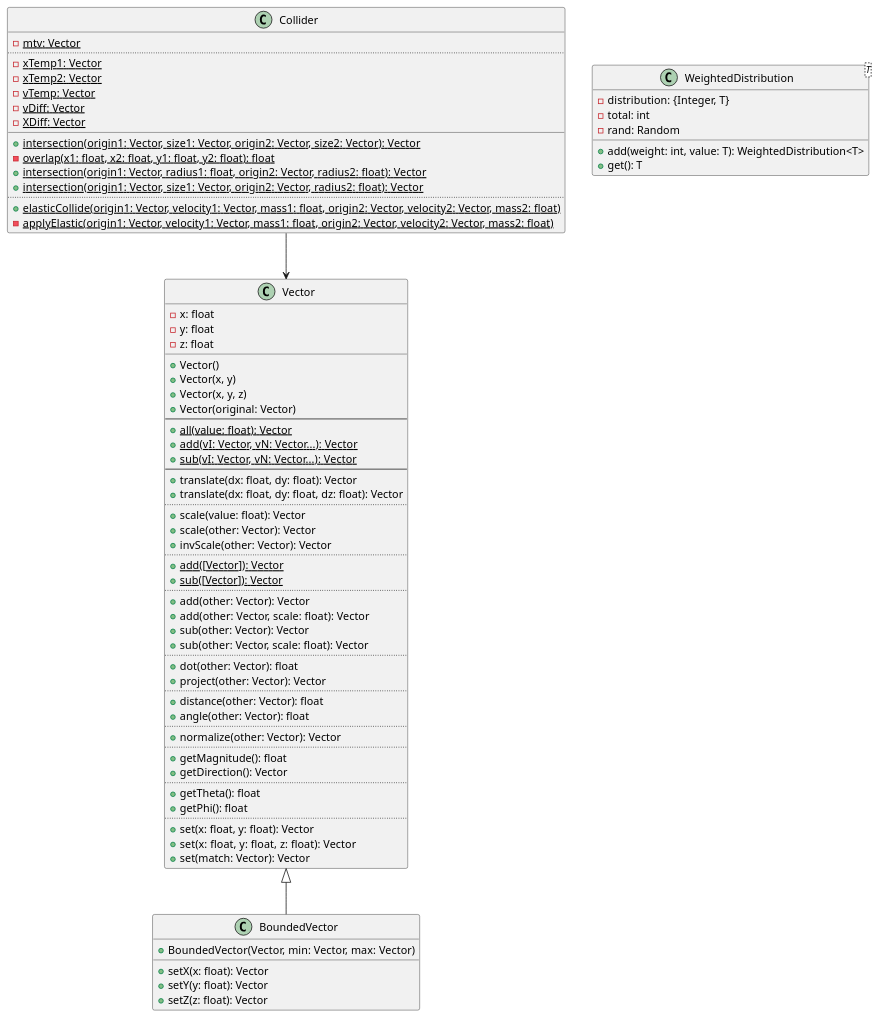
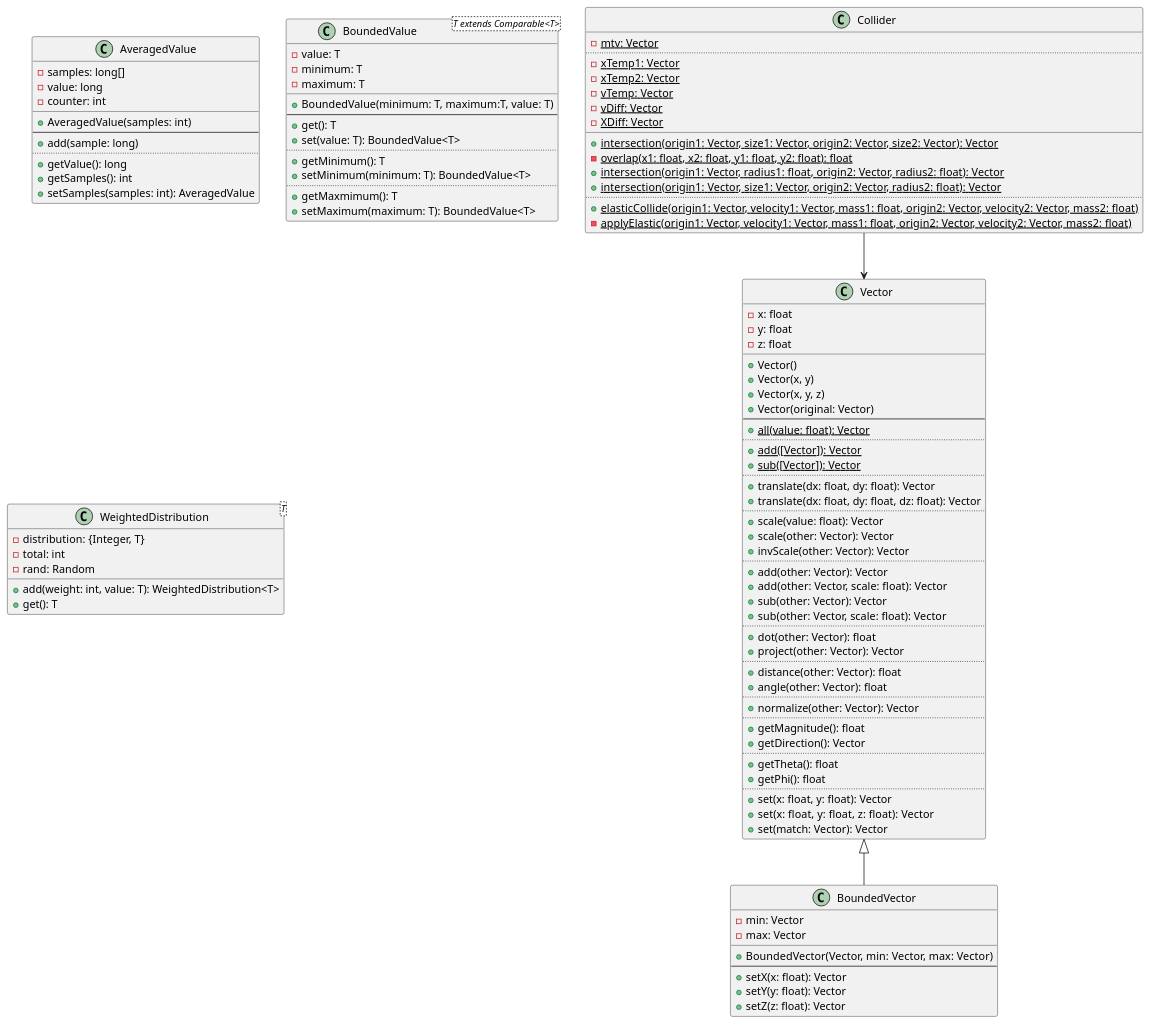
The diagram in docs/uml/pancake-platform/math.class.puml (kkorolyov/pancake), drawn with PlantUML before and after one commit. The commit also changed 5 other files, not shown here.

Commit message:
Update UML

```diff
--- a/docs/uml/pancake-platform/math.class.puml
+++ b/docs/uml/pancake-platform/math.class.puml
@@ -1,88 +1,120 @@
 @startuml
 
-class Collider {
-	{static} -mtv: Vector
+class AveragedValue {
+	-samples: long[]
+	-value: long
+	-counter: int
+	__
+	+AveragedValue(samples: int)
+	--
+	+add(sample: long)
 	..
-	{static} -xTemp1: Vector
-	{static} -xTemp2: Vector
-	{static} -vTemp: Vector
-	{static} -vDiff: Vector
-	{static} -XDiff: Vector
+	+getValue(): long
+	+getSamples(): int
+	+setSamples(samples: int): AveragedValue
+}
+
+class BoundedValue<T extends Comparable<T>> {
+	-value: T
+	-minimum: T
+	-maximum: T
 	__
-	{static} +intersection(origin1: Vector, size1: Vector, origin2: Vector, size2: Vector): Vector
-	{static} -overlap(x1: float, x2: float, y1: float, y2: float): float
-	{static} +intersection(origin1: Vector, radius1: float, origin2: Vector, radius2: float): Vector
-	{static} +intersection(origin1: Vector, size1: Vector, origin2: Vector, radius2: float): Vector
+	+BoundedValue(minimum: T, maximum:T, value: T)
+	--
+	+get(): T
+	+set(value: T): BoundedValue<T>
 	..
-	{static} +elasticCollide(origin1: Vector, velocity1: Vector, mass1: float, origin2: Vector, velocity2: Vector, mass2: float)
-	{static} -applyElastic(origin1: Vector, velocity1: Vector, mass1: float, origin2: Vector, velocity2: Vector, mass2: float)
+	+getMinimum(): T
+	+setMinimum(minimum: T): BoundedValue<T>
+	..
+	+getMaxmimum(): T
+	+setMaximum(maximum: T): BoundedValue<T>
 }
-Collider --> Vector
 
 class Vector {
 	-x: float
 	-y: float
 	-z: float
 	__
 	+Vector()
 	+Vector(x, y)
 	+Vector(x, y, z)
 	+Vector(original: Vector)
 	--
 	{static} +all(value: float): Vector
-	{static} +add(vI: Vector, vN: Vector...): Vector
-	{static} +sub(vI: Vector, vN: Vector...): Vector
-	--
+	..
+	{static} +add([Vector]): Vector
+	{static} +sub([Vector]): Vector
+	..
 	+translate(dx: float, dy: float): Vector
 	+translate(dx: float, dy: float, dz: float): Vector
 	..
 	+scale(value: float): Vector
 	+scale(other: Vector): Vector
 	+invScale(other: Vector): Vector
-	..
-	{static} +add([Vector]): Vector
-	{static} +sub([Vector]): Vector
 	..
 	+add(other: Vector): Vector
 	+add(other: Vector, scale: float): Vector
 	+sub(other: Vector): Vector
 	+sub(other: Vector, scale: float): Vector
 	..
 	+dot(other: Vector): float
 	+project(other: Vector): Vector
 	..
 	+distance(other: Vector): float
 	+angle(other: Vector): float
 	..
 	+normalize(other: Vector): Vector
 	..
 	+getMagnitude(): float
 	+getDirection(): Vector
 	..
 	+getTheta(): float
 	+getPhi(): float
 	..
 	+set(x: float, y: float): Vector
 	+set(x: float,  y: float, z: float): Vector
 	+set(match: Vector): Vector
 }
 Vector <|-- BoundedVector
 
 class BoundedVector {
+	-min: Vector
+	-max: Vector
+	__
 	+BoundedVector(Vector, min: Vector, max: Vector)
-	__
+	--
 	+setX(x: float): Vector
 	+setY(y: float): Vector
 	+setZ(z: float): Vector
 }
+
+class Collider {
+	{static} -mtv: Vector
+	..
+	{static} -xTemp1: Vector
+	{static} -xTemp2: Vector
+	{static} -vTemp: Vector
+	{static} -vDiff: Vector
+	{static} -XDiff: Vector
+	__
+	{static} +intersection(origin1: Vector, size1: Vector, origin2: Vector, size2: Vector): Vector
+	{static} -overlap(x1: float, x2: float, y1: float, y2: float): float
+	{static} +intersection(origin1: Vector, radius1: float, origin2: Vector, radius2: float): Vector
+	{static} +intersection(origin1: Vector, size1: Vector, origin2: Vector, radius2: float): Vector
+	..
+	{static} +elasticCollide(origin1: Vector, velocity1: Vector, mass1: float, origin2: Vector, velocity2: Vector, mass2: float)
+	{static} -applyElastic(origin1: Vector, velocity1: Vector, mass1: float, origin2: Vector, velocity2: Vector, mass2: float)
+}
+Collider --> Vector
 
 class WeightedDistribution<T> {
 	-distribution: {Integer, T}
 	-total: int
 	-rand: Random
 	__
 	+add(weight: int, value: T): WeightedDistribution<T>
 	+get(): T
 }
 
 @enduml
```
